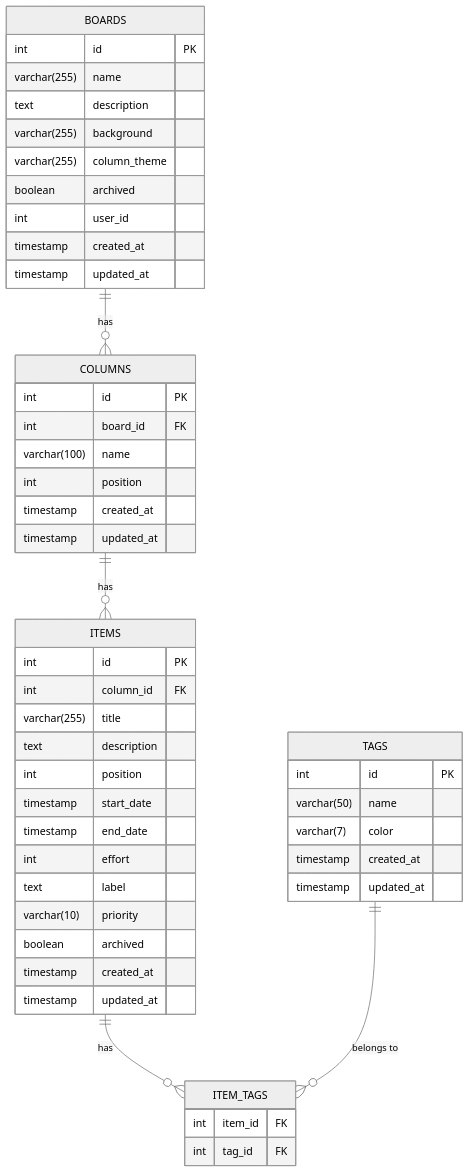
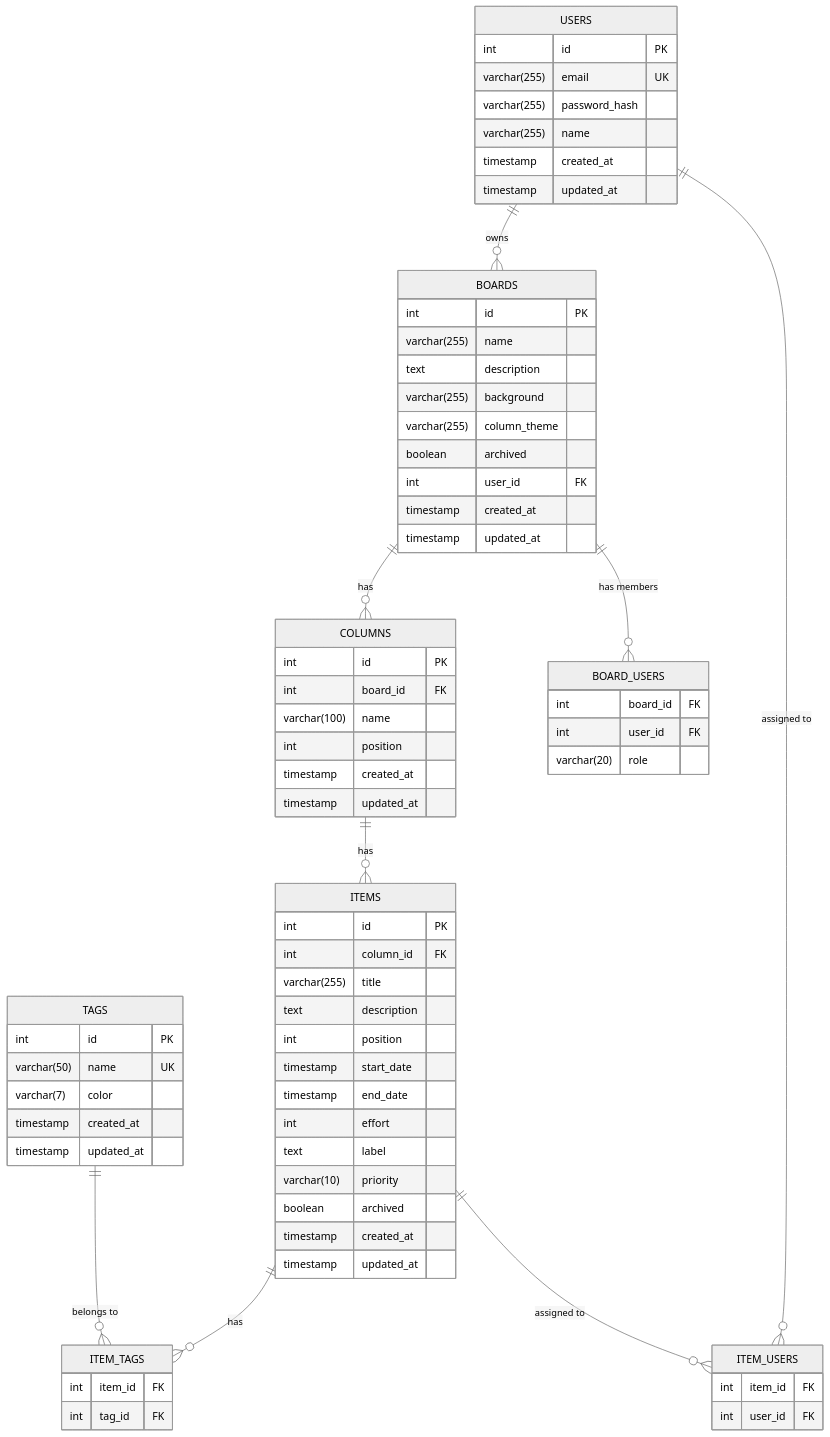
One commit to devdaviddr/taskmanager changed the diagram in erd.mermaid. Above: the diagram before and after it, drawn with Mermaid (neutral theme). The commit also changed 19 other files, not shown here.

```diff
--- a/erd.mermaid
+++ b/erd.mermaid
@@ -1,55 +1,79 @@
 erDiagram
+    USERS ||--o{ BOARDS : "owns"
+    USERS ||--o{ ITEM_USERS : "assigned to"
     BOARDS ||--o{ COLUMNS : "has"
+    BOARDS ||--o{ BOARD_USERS : "has members"
     COLUMNS ||--o{ ITEMS : "has"
     ITEMS ||--o{ ITEM_TAGS : "has"
+    ITEMS ||--o{ ITEM_USERS : "assigned to"
     TAGS ||--o{ ITEM_TAGS : "belongs to"
+
+    USERS {
+        int id PK
+        varchar(255) email UK
+        varchar(255) password_hash
+        varchar(255) name
+        timestamp created_at
+        timestamp updated_at
+    }
 
     BOARDS {
         int id PK
         varchar(255) name
         text description
         varchar(255) background
         varchar(255) column_theme
         boolean archived
-        int user_id
+        int user_id FK
         timestamp created_at
         timestamp updated_at
     }
 
     COLUMNS {
         int id PK
         int board_id FK
         varchar(100) name
         int position
         timestamp created_at
         timestamp updated_at
     }
 
     ITEMS {
         int id PK
         int column_id FK
         varchar(255) title
         text description
         int position
         timestamp start_date
         timestamp end_date
         int effort
         text label
         varchar(10) priority
         boolean archived
         timestamp created_at
         timestamp updated_at
     }
 
     TAGS {
         int id PK
-        varchar(50) name
+        varchar(50) name UK
         varchar(7) color
         timestamp created_at
         timestamp updated_at
     }
 
     ITEM_TAGS {
         int item_id FK
         int tag_id FK
     }
+
+    ITEM_USERS {
+        int item_id FK
+        int user_id FK
+    }
+
+    BOARD_USERS {
+        int board_id FK
+        int user_id FK
+        varchar(20) role
+    }
```
